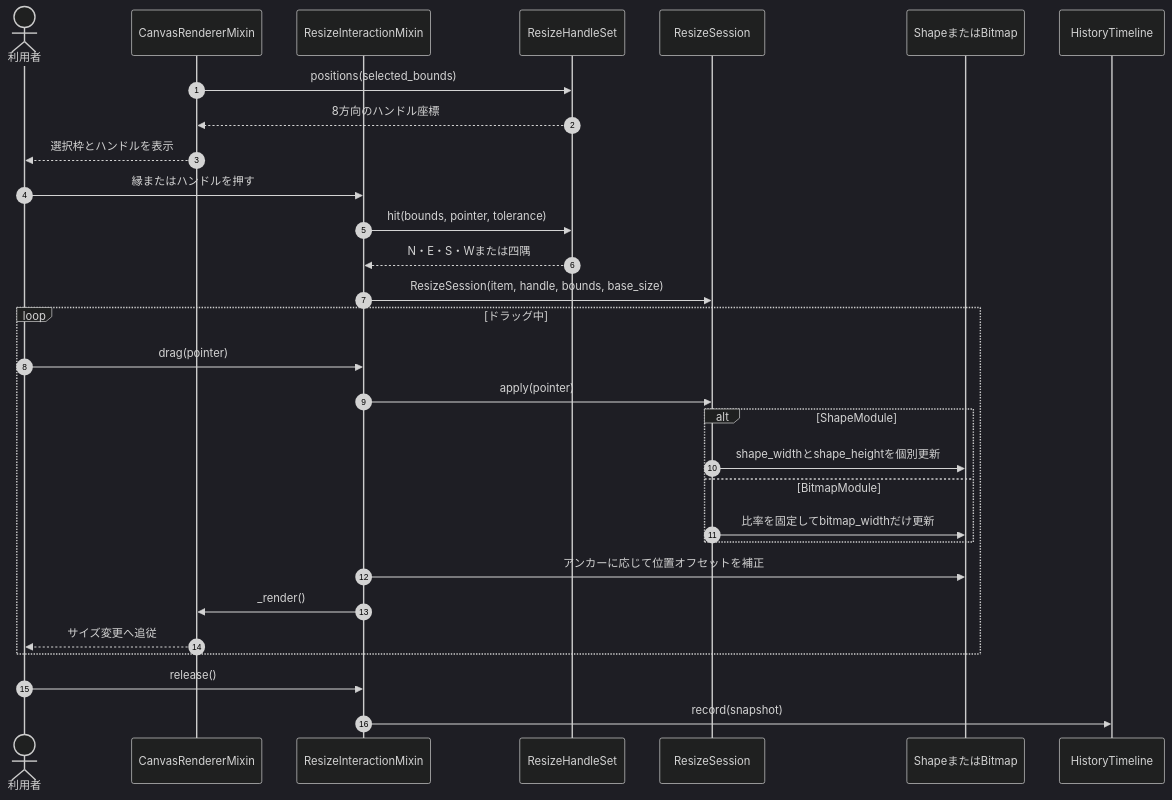
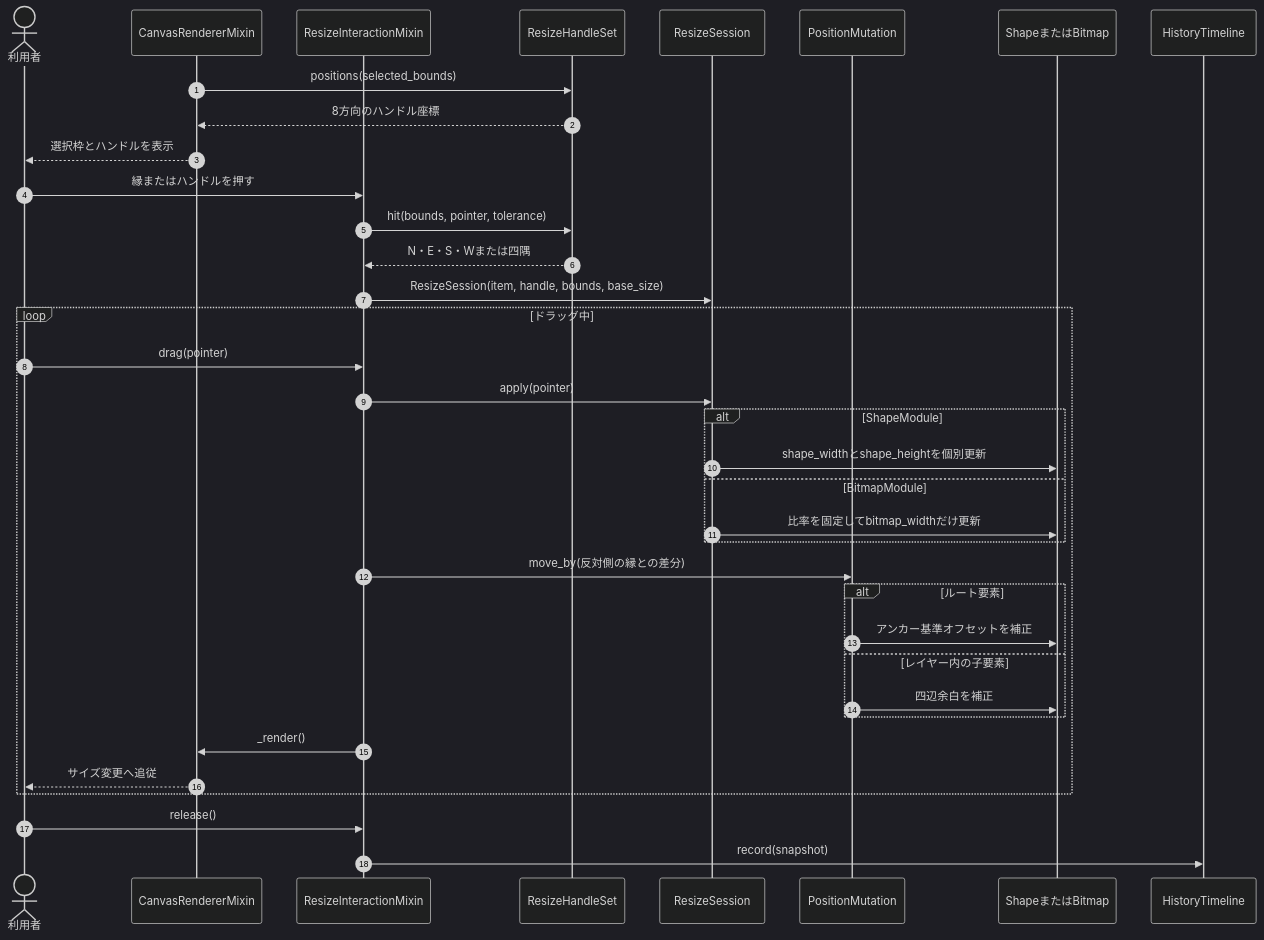
Before and after one commit to k014c1287/klwp_pc_editor: diagram 12 of 15 in doc/KLWPエディタ_設計仕様.md, drawn with Mermaid (dark theme). The commit also changed other lines of this file and 19 other files, not shown here.

````diff
--- a/doc/KLWPエディタ_設計仕様.md
+++ b/doc/KLWPエディタ_設計仕様.md
@@ -845,33 +863,39 @@
 ```mermaid
 sequenceDiagram
     autonumber
     actor User as 利用者
     participant Canvas as CanvasRendererMixin
     participant Interaction as ResizeInteractionMixin
     participant Handles as ResizeHandleSet
     participant Session as ResizeSession
+    participant Position as PositionMutation
     participant Item as ShapeまたはBitmap
     participant History as HistoryTimeline
 
     Canvas->>Handles: positions(selected_bounds)
     Handles-->>Canvas: 8方向のハンドル座標
     Canvas-->>User: 選択枠とハンドルを表示
     User->>Interaction: 縁またはハンドルを押す
     Interaction->>Handles: hit(bounds, pointer, tolerance)
     Handles-->>Interaction: N・E・S・Wまたは四隅
     Interaction->>Session: ResizeSession(item, handle, bounds, base_size)
     loop ドラッグ中
         User->>Interaction: drag(pointer)
         Interaction->>Session: apply(pointer)
         alt ShapeModule
             Session->>Item: shape_widthとshape_heightを個別更新
         else BitmapModule
             Session->>Item: 比率を固定してbitmap_widthだけ更新
         end
-        Interaction->>Item: アンカーに応じて位置オフセットを補正
+        Interaction->>Position: move_by(反対側の縁との差分)
+        alt ルート要素
+            Position->>Item: アンカー基準オフセットを補正
+        else レイヤー内の子要素
+            Position->>Item: 四辺余白を補正
+        end
         Interaction->>Canvas: _render()
         Canvas-->>User: サイズ変更へ追従
     end
     User->>Interaction: release()
     Interaction->>History: record(snapshot)
 ```
````
